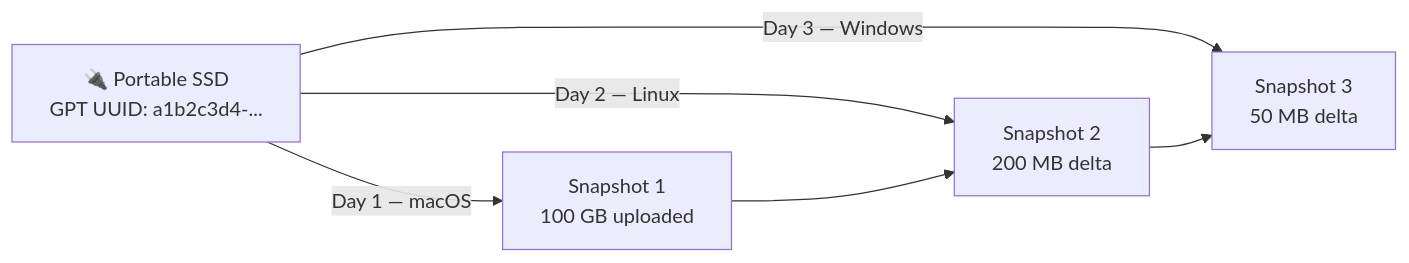
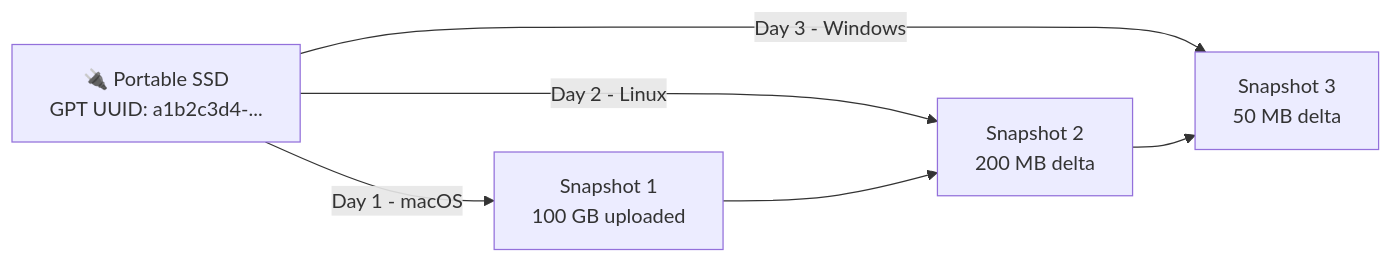
The second of 4 diagrams in _posts/2026-03-12-backing-up-portable-drives.md (Cloudstic/blog), drawn with Mermaid before and after one commit. The commit also changed other lines of this file, not shown here.

````diff
--- a/_posts/2026-03-12-backing-up-portable-drives.md
+++ b/_posts/2026-03-12-backing-up-portable-drives.md
@@ -44,10 +44,10 @@
 ```mermaid
 graph LR
     Drive["🔌 Portable SSD\nGPT UUID: a1b2c3d4-..."]
 
-    Drive -->|Day 1 — macOS| S1["Snapshot 1\n100 GB uploaded"]
-    Drive -->|Day 2 — Linux| S2["Snapshot 2\n200 MB delta"]
-    Drive -->|Day 3 — Windows| S3["Snapshot 3\n50 MB delta"]
+    Drive -->|Day 1 - macOS| S1["Snapshot 1\n100 GB uploaded"]
+    Drive -->|Day 2 - Linux| S2["Snapshot 2\n200 MB delta"]
+    Drive -->|Day 3 - Windows| S3["Snapshot 3\n50 MB delta"]
 
     S1 --> S2 --> S3
 ```
````
